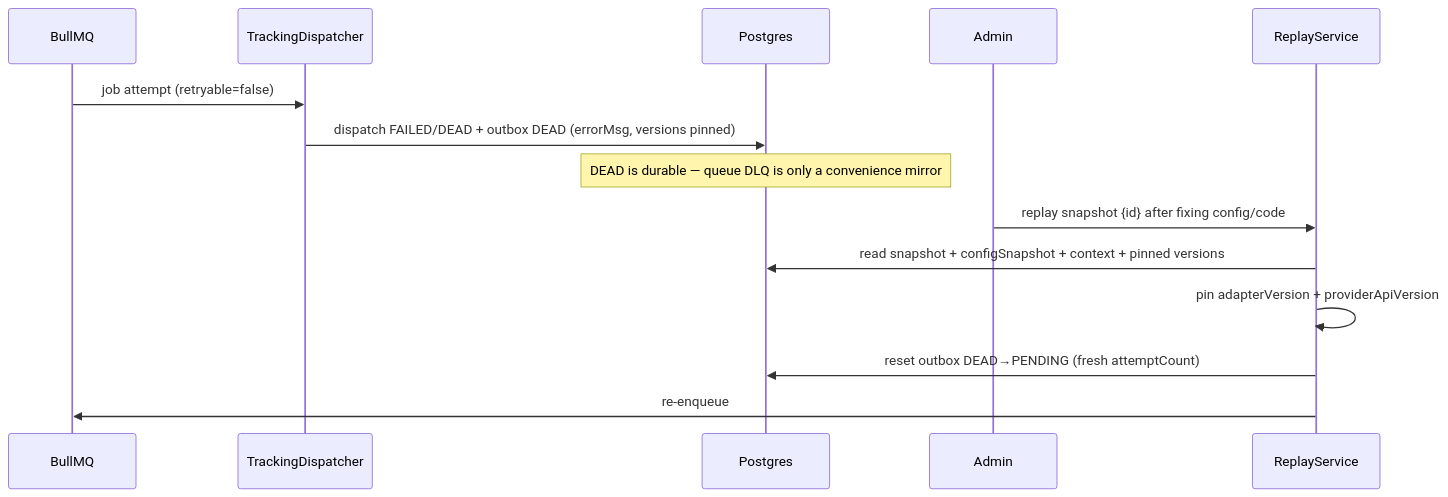
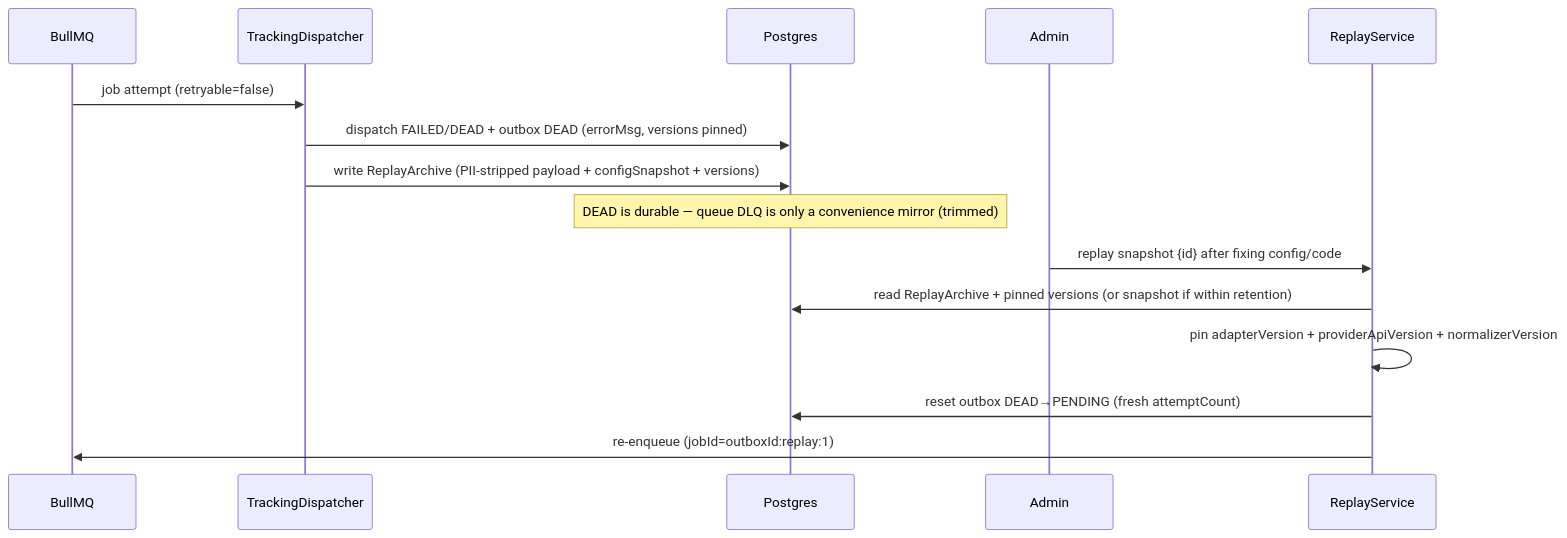
The fourth of 4 diagrams in docs/superpowers/specs/2026-08-02-ecomate-capi-redesign-design.md (MahmudulHasanRiaz/EcoMate-Web), drawn with Mermaid before and after one commit. The commit also changed other lines of this file, not shown here.

````diff
--- a/docs/superpowers/specs/2026-08-02-ecomate-capi-redesign-design.md
+++ b/docs/superpowers/specs/2026-08-02-ecomate-capi-redesign-design.md
@@ -613,16 +700,17 @@
 ```mermaid
 sequenceDiagram
   participant Q as BullMQ
   participant D as TrackingDispatcher
   participant DB as Postgres
   participant A as Admin
   participant P as ReplayService
   Q->>D: job attempt (retryable=false)
   D->>DB: dispatch FAILED/DEAD + outbox DEAD (errorMsg, versions pinned)
-  Note over DB: DEAD is durable — queue DLQ is only a convenience mirror
+  D->>DB: write ReplayArchive (PII-stripped payload + configSnapshot + versions)
+  Note over DB: DEAD is durable — queue DLQ is only a convenience mirror (trimmed)
   A->>P: replay snapshot {id} after fixing config/code
-  P->>DB: read snapshot + configSnapshot + context + pinned versions
-  P->>P: pin adapterVersion + providerApiVersion
+  P->>DB: read ReplayArchive + pinned versions (or snapshot if within retention)
+  P->>P: pin adapterVersion + providerApiVersion + normalizerVersion
   P->>DB: reset outbox DEAD→PENDING (fresh attemptCount)
-  P->>Q: re-enqueue
+  P->>Q: re-enqueue (jobId=outboxId:replay:1)
 ```
````
